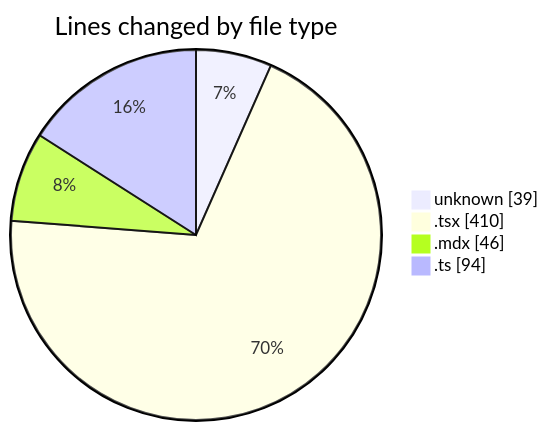
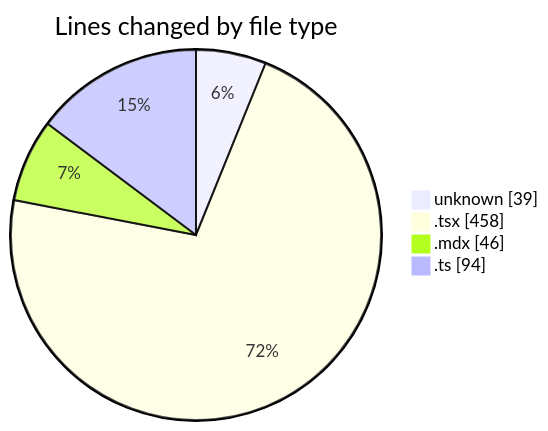
One commit to Elitesun/code-tracking changed the first of 2 diagrams in 2025-05-24/elitesun/README.md. Above: the diagram before and after it, drawn with Mermaid. The commit also changed other lines of this file and 1 other file, not shown here.

````diff
--- a/2025-05-24/elitesun/README.md
+++ b/2025-05-24/elitesun/README.md
@@ -27,8 +27,8 @@
 ```mermaid
 pie showData
 title Lines changed by file type
 "unknown" : 39
-".tsx" : 410
+".tsx" : 458
 ".mdx" : 46
 ".ts" : 94
 ```
````
